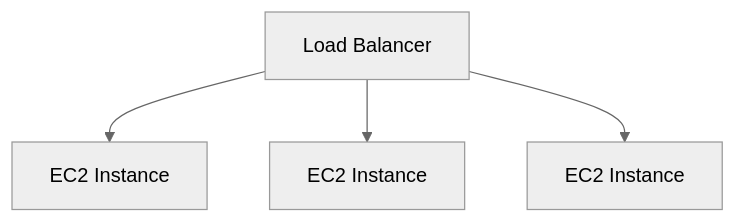
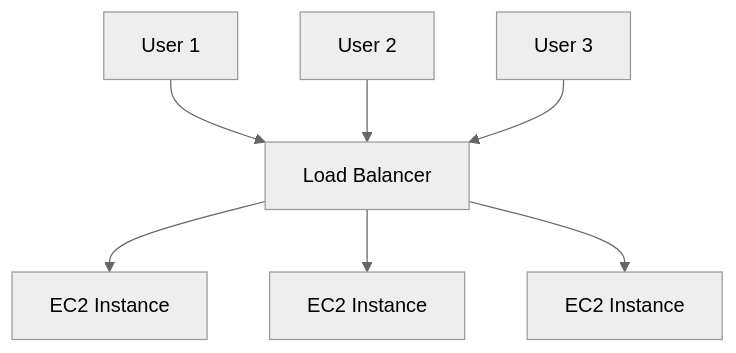
Before and after one commit to bertoxious/AWS: the diagram in README.md, drawn with Mermaid (neutral theme).

````diff
--- a/README.md
+++ b/README.md
@@ -165,6 +165,9 @@
 ```mermaid
 graph TD
-A[Load Balancer] -->B[EC2 Instance]
-  A-->C[EC2 Instance]
-  A-->D[EC2 Instance]
+A[User 1] --> D
+  B[User 2] --> D
+  C[User 3] --> D
+  D[Load Balancer] -->E[EC2 Instance]
+  D-->F[EC2 Instance]
+  D-->G[EC2 Instance]
 ```
````
